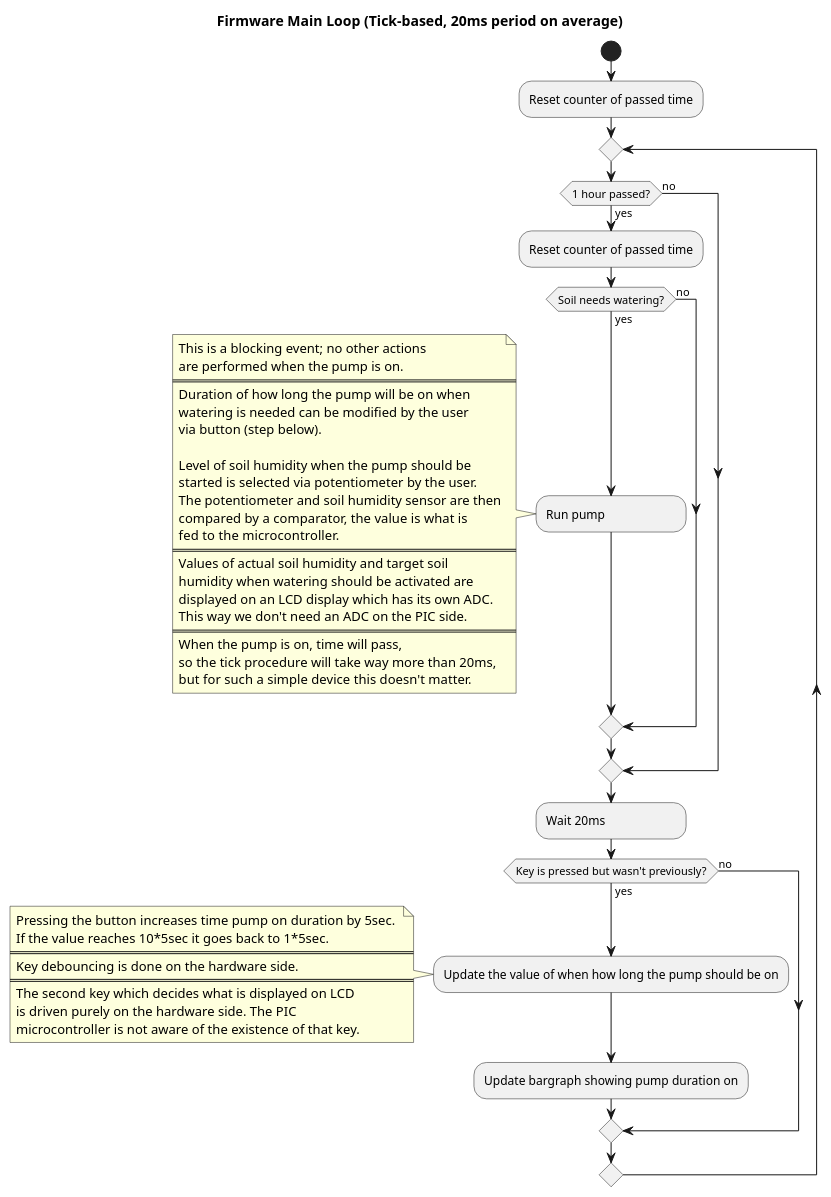
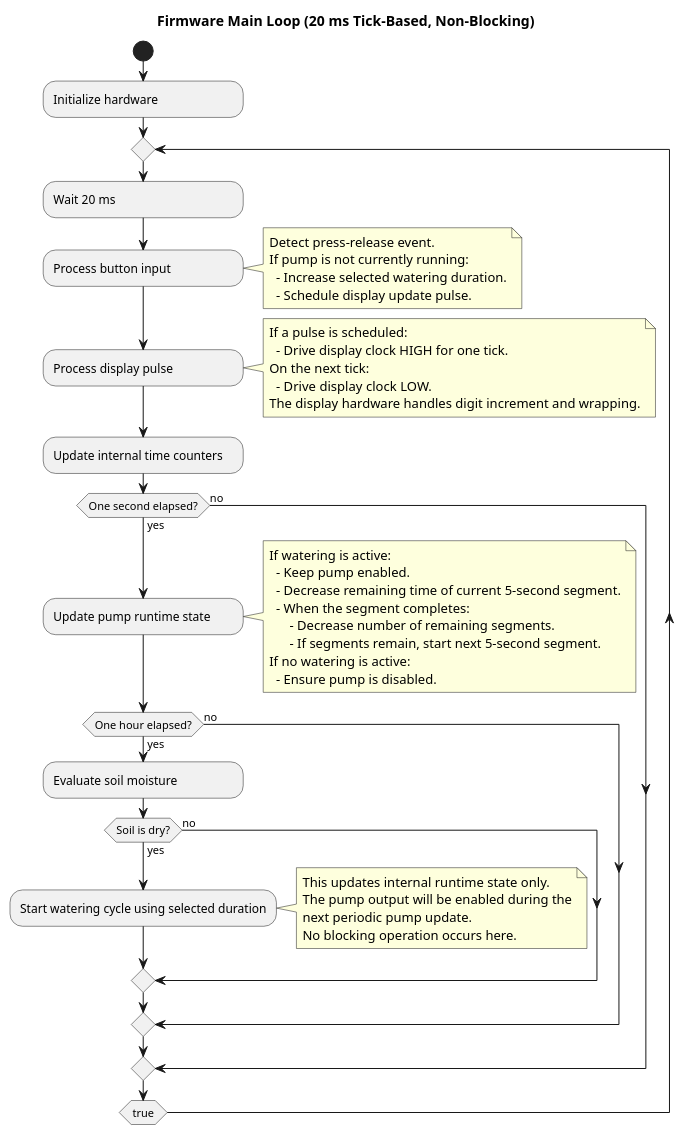
Before and after one commit to RobertGawron/PlantWateringDevice: the diagram in Documentation/Diagrams/ActivityDiagram.plantuml, drawn with PlantUML. The commit also changed 47 other files, not shown here.

Commit message:
web based firmware simulation

```diff
--- a/Documentation/Diagrams/ActivityDiagram.plantuml
+++ b/Documentation/Diagrams/ActivityDiagram.plantuml
@@ -1,58 +1,71 @@
 @startuml
 <style>
-element {MinimumWidth 150}
+element {MinimumWidth 200}
 </style>
-title Firmware Main Loop (Tick-based, 20ms period on average)
+
+title Firmware Main Loop (20 ms Tick-Based, Non-Blocking)
+
 start
-:Reset counter of passed time;
+
+:Initialize hardware;
+
 repeat
-if (1 hour passed?) then (yes)
-:Reset counter of passed time;
-if (Soil needs watering?) then (yes)
-  :Run pump;
-note left
-This is a blocking event; no other actions 
-are performed when the pump is on.
-====
-Duration of how long the pump will be on when 
-watering is needed can be modified by the user 
-via button (step below).
 
-Level of soil humidity when the pump should be 
-started is selected via potentiometer by the user.
-The potentiometer and soil humidity sensor are then
-compared by a comparator, the value is what is 
-fed to the microcontroller.
-====
-Values of actual soil humidity and target soil 
-humidity when watering should be activated are 
-displayed on an LCD display which has its own ADC.
-This way we don't need an ADC on the PIC side.
-====
-When the pump is on, time will pass, 
-so the tick procedure will take way more than 20ms, 
-but for such a simple device this doesn't matter.
+:Wait 20 ms;
+
+:Process button input;
+note right
+Detect press–release event.
+If pump is not currently running:
+  - Increase selected watering duration.
+  - Schedule display update pulse.
 end note
+
+:Process display pulse;
+note right
+If a pulse is scheduled:
+  - Drive display clock HIGH for one tick.
+On the next tick:
+  - Drive display clock LOW.
+The display hardware handles digit increment and wrapping.
+end note
+
+:Update internal time counters;
+
+if (One second elapsed?) then (yes)
+
+    :Update pump runtime state;
+    note right
+    If watering is active:
+      - Keep pump enabled.
+      - Decrease remaining time of current 5-second segment.
+      - When the segment completes:
+          - Decrease number of remaining segments.
+          - If segments remain, start next 5-second segment.
+    If no watering is active:
+      - Ensure pump is disabled.
+    end note
+
+    if (One hour elapsed?) then (yes)
+
+        :Evaluate soil moisture;
+
+        if (Soil is dry?) then (yes)
+            :Start watering cycle using selected duration;
+            note right
+            This updates internal runtime state only.
+            The pump output will be enabled during the
+            next periodic pump update.
+            No blocking operation occurs here.
+            end note
+        else (no)
+        endif
+
+    else (no)
+    endif
+
 else (no)
 endif
-else (no)
-endif
-:Wait 20ms;
-if (Key is pressed but wasn't previously?) then (yes)
-  :Update the value of when how long the pump should be on;
-note left
-Pressing the button increases time pump on duration by 5sec. 
-If the value reaches 10*5sec it goes back to 1*5sec.
-====
-Key debouncing is done on the hardware side.
-====
-The second key which decides what is displayed on LCD 
-is driven purely on the hardware side. The PIC 
-microcontroller is not aware of the existence of that key.
-end note
- :Update bargraph showing pump duration on;
-else (no)
-endif
- 
-repeat while ( )
+
+repeat while (true)
 @enduml
```
